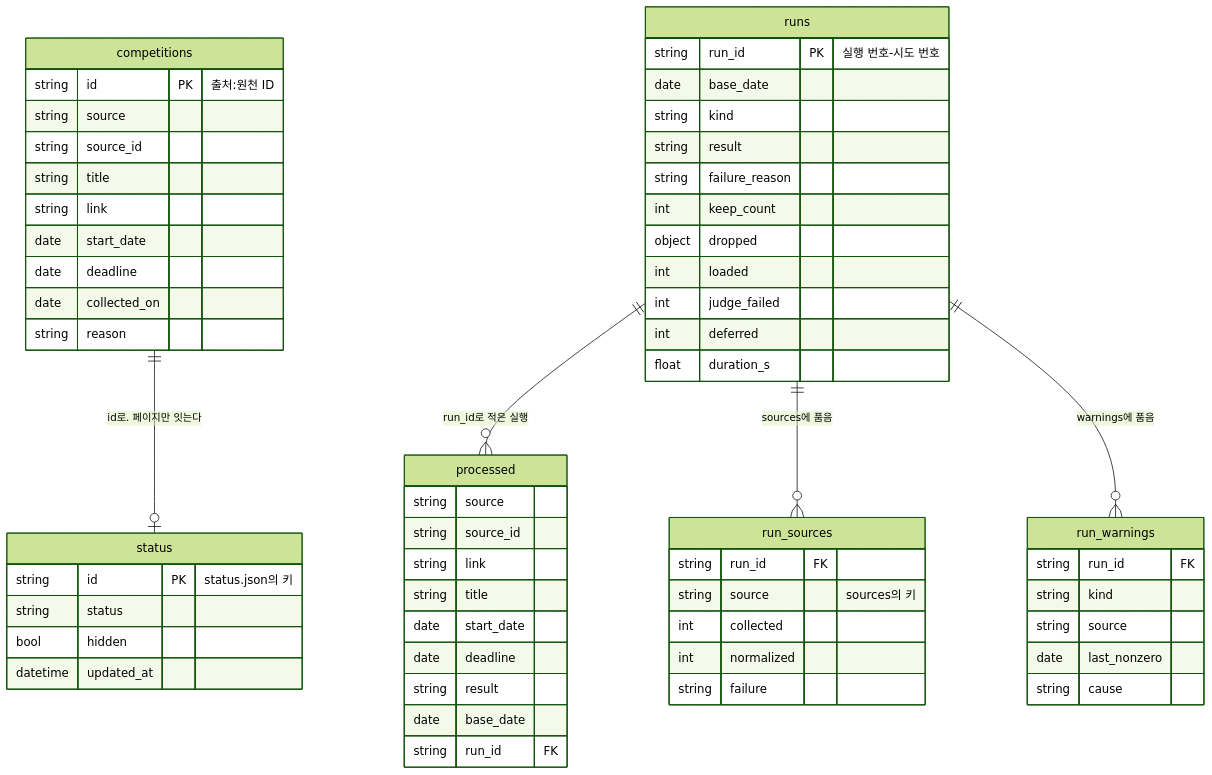
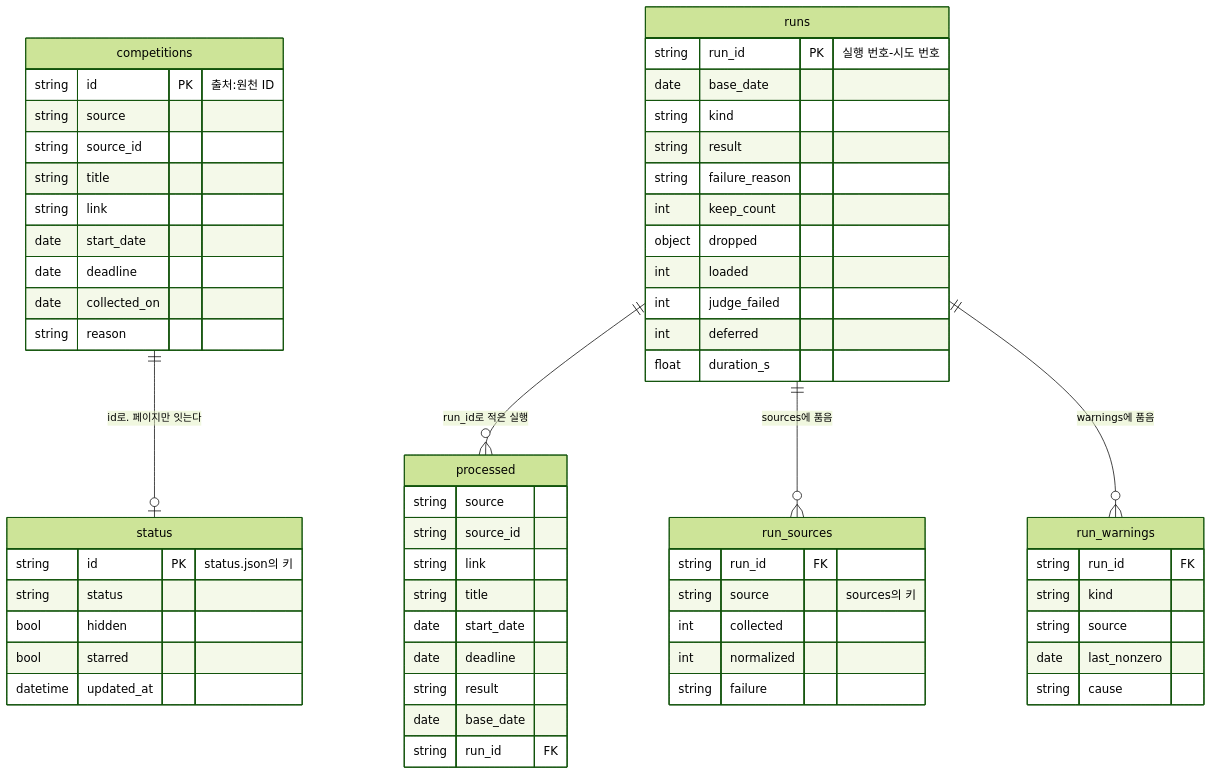
Before and after one commit to HoyoungParkme/competition-crawler: the diagram in docs/specs/06-DOM/CCR-DOM-003.md, drawn with Mermaid (forest theme). The commit also changed other lines of this file, not shown here.

Commit message:
spec(DOM-003): status — status에 skipped(미참), 컬럼 starred(별표, 선택 · 없으면 false)(사용자 요청 2026-10-01)

````diff
--- a/docs/specs/06-DOM/CCR-DOM-003.md
+++ b/docs/specs/06-DOM/CCR-DOM-003.md
@@ -32,62 +32,63 @@
 ```mermaid
 erDiagram
     competitions ||--o| status : "id로. 페이지만 잇는다"
     runs ||--o{ processed : "run_id로 적은 실행"
     runs ||--o{ run_sources : "sources에 품음"
     runs ||--o{ run_warnings : "warnings에 품음"
     competitions {
         string id PK "출처:원천 ID"
         string source
         string source_id
         string title
         string link
         date start_date
         date deadline
         date collected_on
         string reason
     }
     status {
         string id PK "status.json의 키"
         string status
         bool hidden
+        bool starred
         datetime updated_at
     }
     runs {
         string run_id PK "실행 번호-시도 번호"
         date base_date
         string kind
         string result
         string failure_reason
         int keep_count
         object dropped
         int loaded
         int judge_failed
         int deferred
         float duration_s
     }
     processed {
         string source
         string source_id
         string link
         string title
         date start_date
         date deadline
         string result
         date base_date
         string run_id FK
     }
     run_sources {
         string run_id FK
         string source "sources의 키"
         int collected
         int normalized
         string failure
     }
     run_warnings {
         string run_id FK
         string kind
         string source
         date last_nonzero
         string cause
     }
 ```
````
